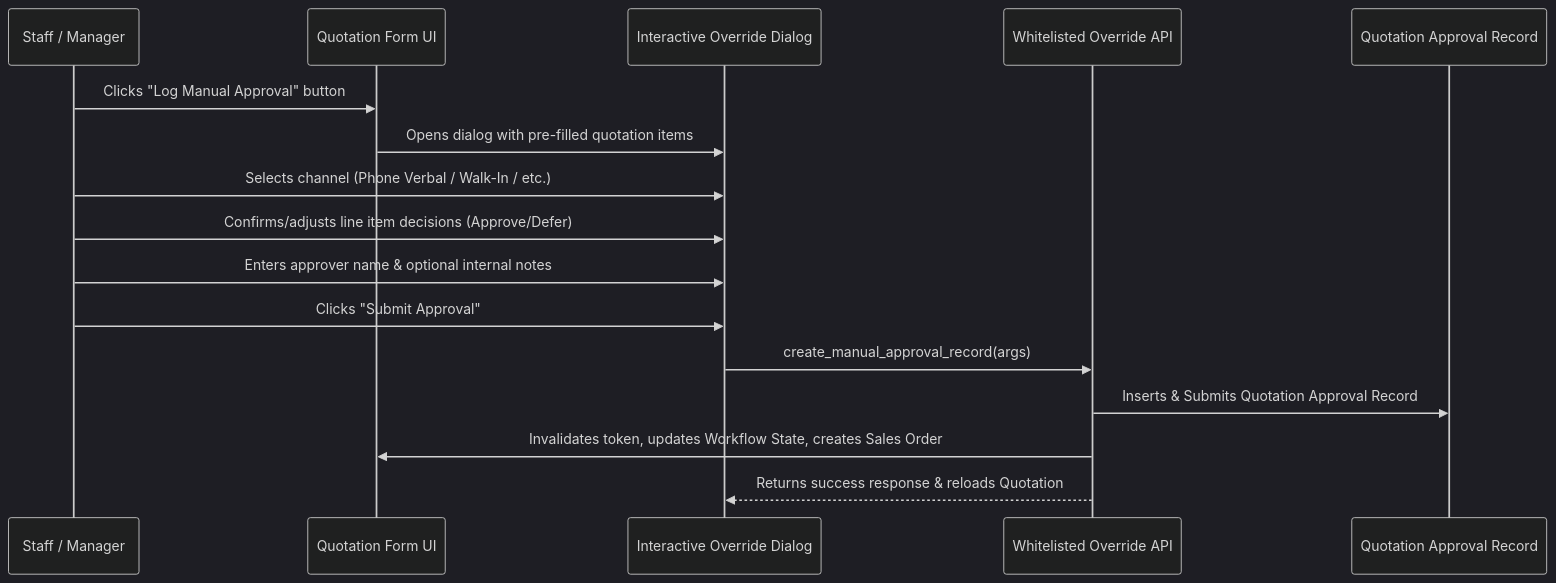
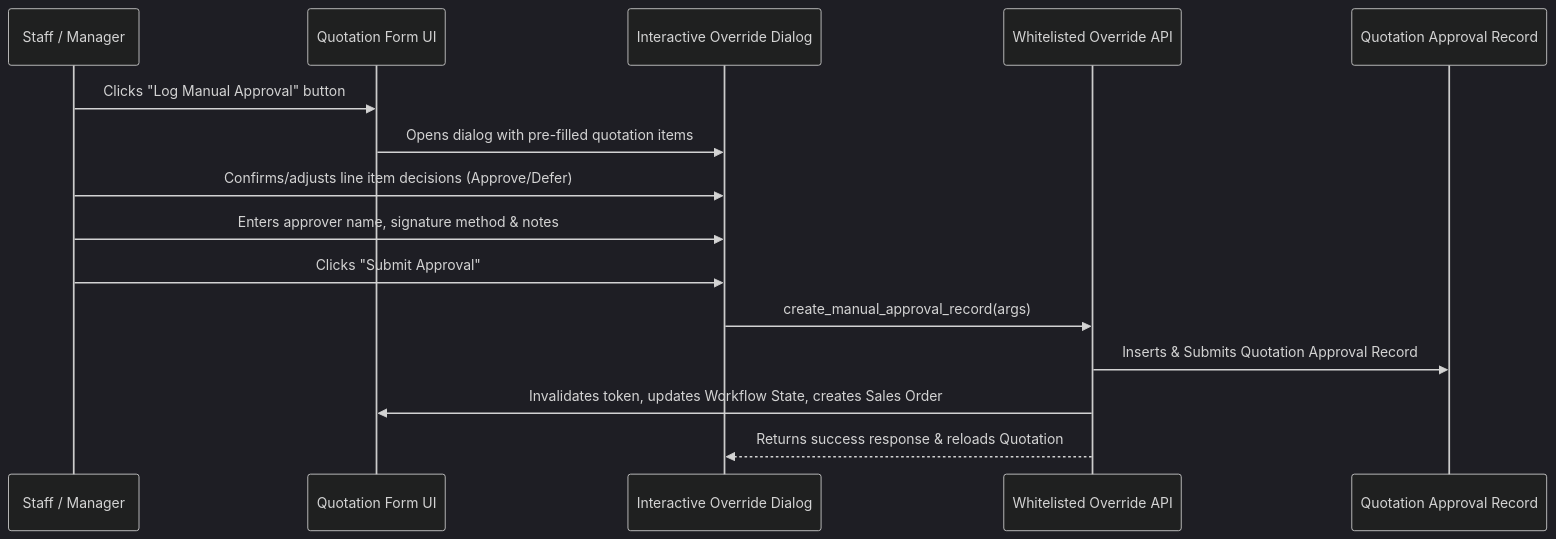
One commit to patricklai3/induct_shop changed the second of 6 diagrams in docs/development/quotation-approval-system-spec.md. Above: the diagram before and after it, drawn with Mermaid (dark theme). The commit also changed other lines of this file, not shown here.

````diff
--- a/docs/development/quotation-approval-system-spec.md
+++ b/docs/development/quotation-approval-system-spec.md
@@ -239,19 +251,18 @@
 ```mermaid
 sequenceDiagram
     participant S as Staff / Manager
     participant Q as Quotation Form UI
     participant D as Interactive Override Dialog
     participant API as Whitelisted Override API
     participant DB as Quotation Approval Record
 
     S->>Q: Clicks "Log Manual Approval" button
     Q->>D: Opens dialog with pre-filled quotation items
-    S->>D: Selects channel (Phone Verbal / Walk-In / etc.)
     S->>D: Confirms/adjusts line item decisions (Approve/Defer)
-    S->>D: Enters approver name & optional internal notes
+    S->>D: Enters approver name, signature method & notes
     S->>D: Clicks "Submit Approval"
     D->>API: create_manual_approval_record(args)
     API->>DB: Inserts & Submits Quotation Approval Record
     API->>Q: Invalidates token, updates Workflow State, creates Sales Order
     API-->>D: Returns success response & reloads Quotation
 ```
````
